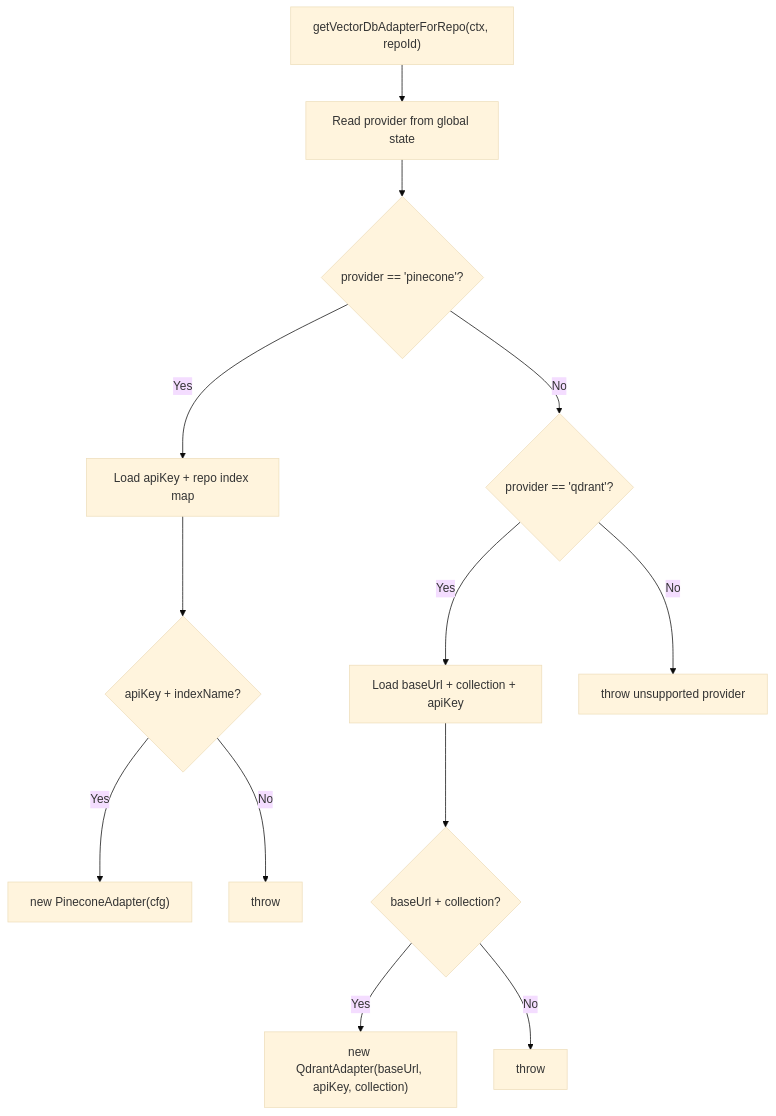
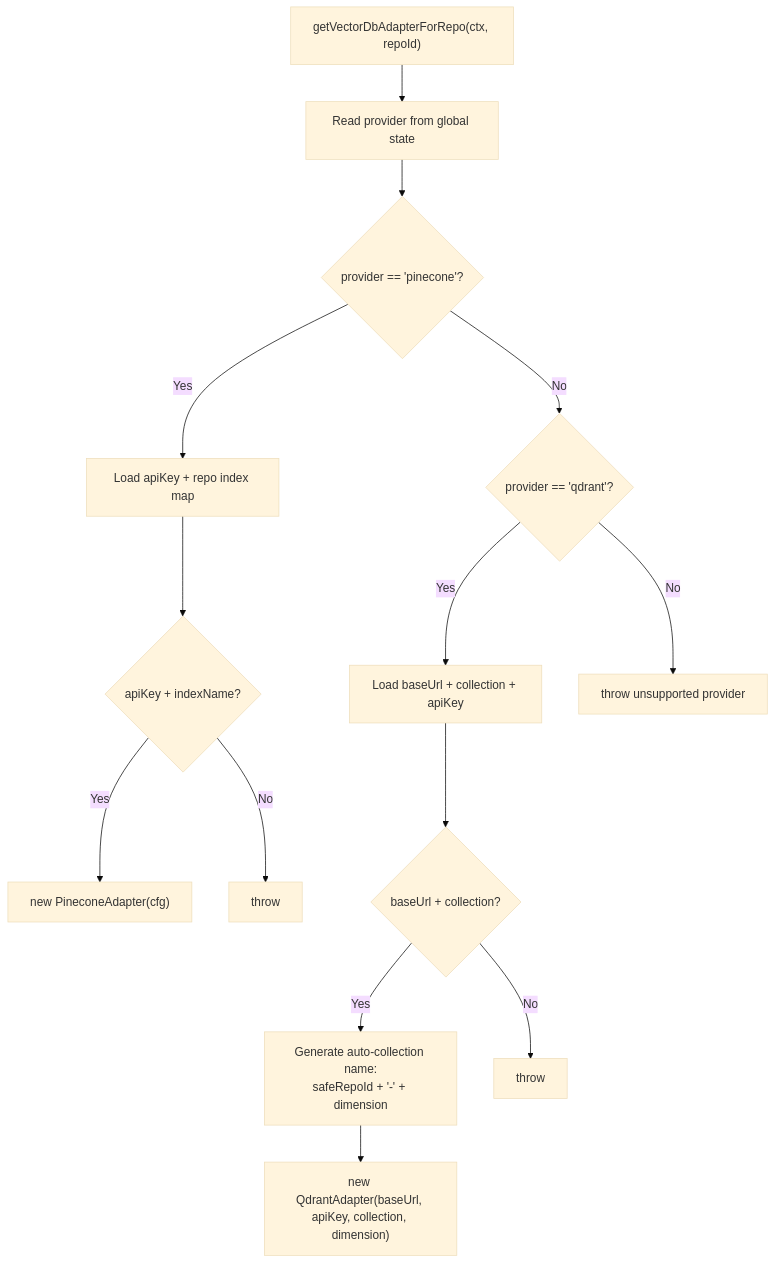
One commit to bramburn/repomix-runner changed the sixth of 10 diagrams in .qoder/repowiki/en/content/Indexing and Search System/Vector Database Adapters.md. Above: the diagram before and after it, drawn with Mermaid (base theme). The commit also changed other lines of this file and 17 other files, not shown here.

````diff
--- a/.qoder/repowiki/en/content/Indexing and Search System/Vector Database Adapters.md
+++ b/.qoder/repowiki/en/content/Indexing and Search System/Vector Database Adapters.md
@@ -262,15 +280,16 @@
 ```mermaid
 flowchart TD
 A["getVectorDbAdapterForRepo(ctx, repoId)"] --> ReadProv["Read provider from global state"]
 ReadProv --> IsPinecone{"provider == 'pinecone'?"}
 IsPinecone --> |Yes| PC["Load apiKey + repo index map"]
 PC --> PCValid{"apiKey + indexName?"}
 PCValid --> |Yes| MakePC["new PineconeAdapter(cfg)"]
 PCValid --> |No| ErrPC["throw"]
 IsPinecone --> |No| IsQdrant{"provider == 'qdrant'?"}
 IsQdrant --> |Yes| QCfg["Load baseUrl + collection + apiKey"]
 QCfg --> QValid{"baseUrl + collection?"}
-QValid --> |Yes| MakeQ["new QdrantAdapter(baseUrl, apiKey, collection)"]
+QValid --> |Yes| AutoGen["Generate auto-collection name:<br/>safeRepoId + '-' + dimension"]
+AutoGen --> MakeQ["new QdrantAdapter(baseUrl, apiKey, collection, dimension)"]
 QValid --> |No| ErrQ["throw"]
 IsQdrant --> |No| ErrProv["throw unsupported provider"]
 ```
````
